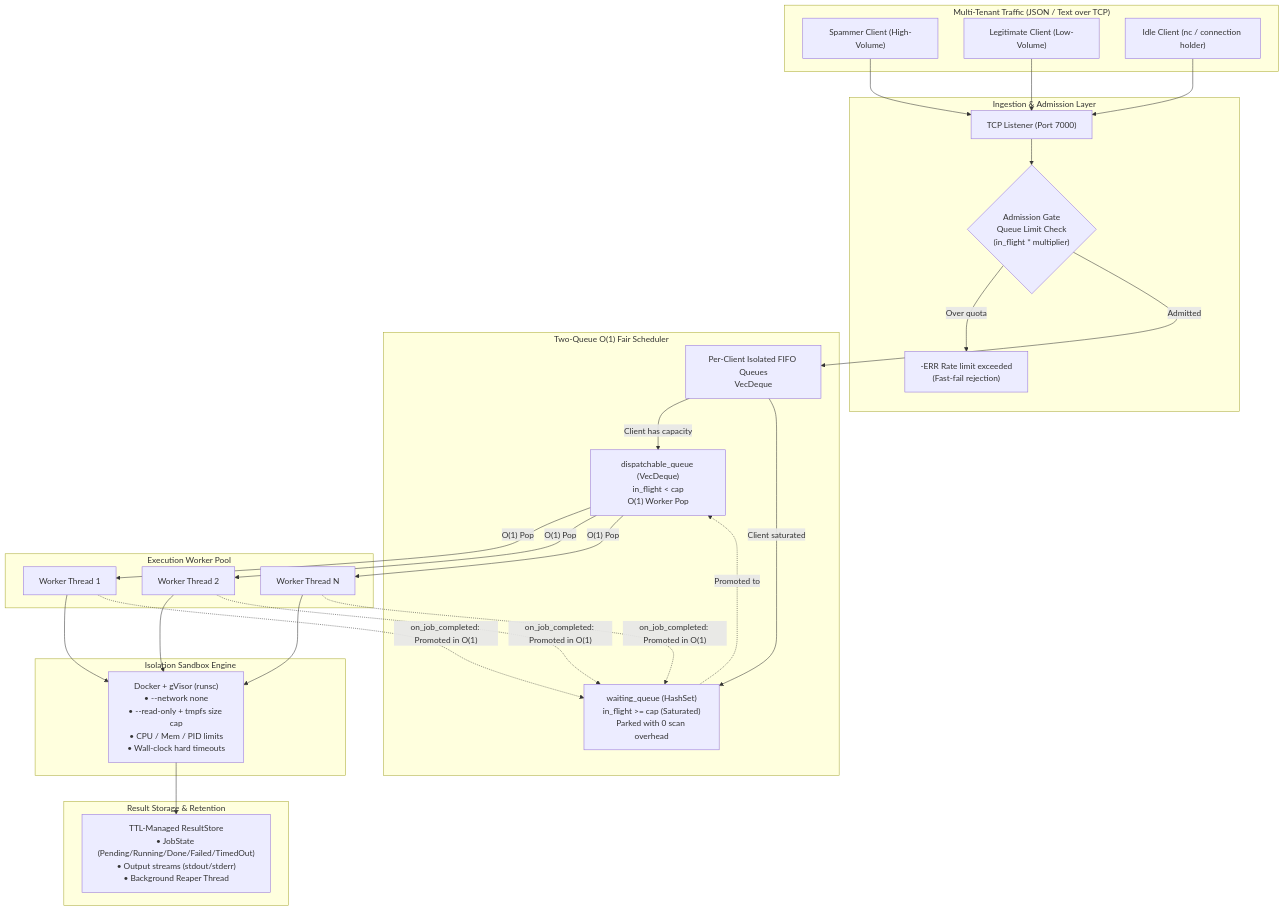
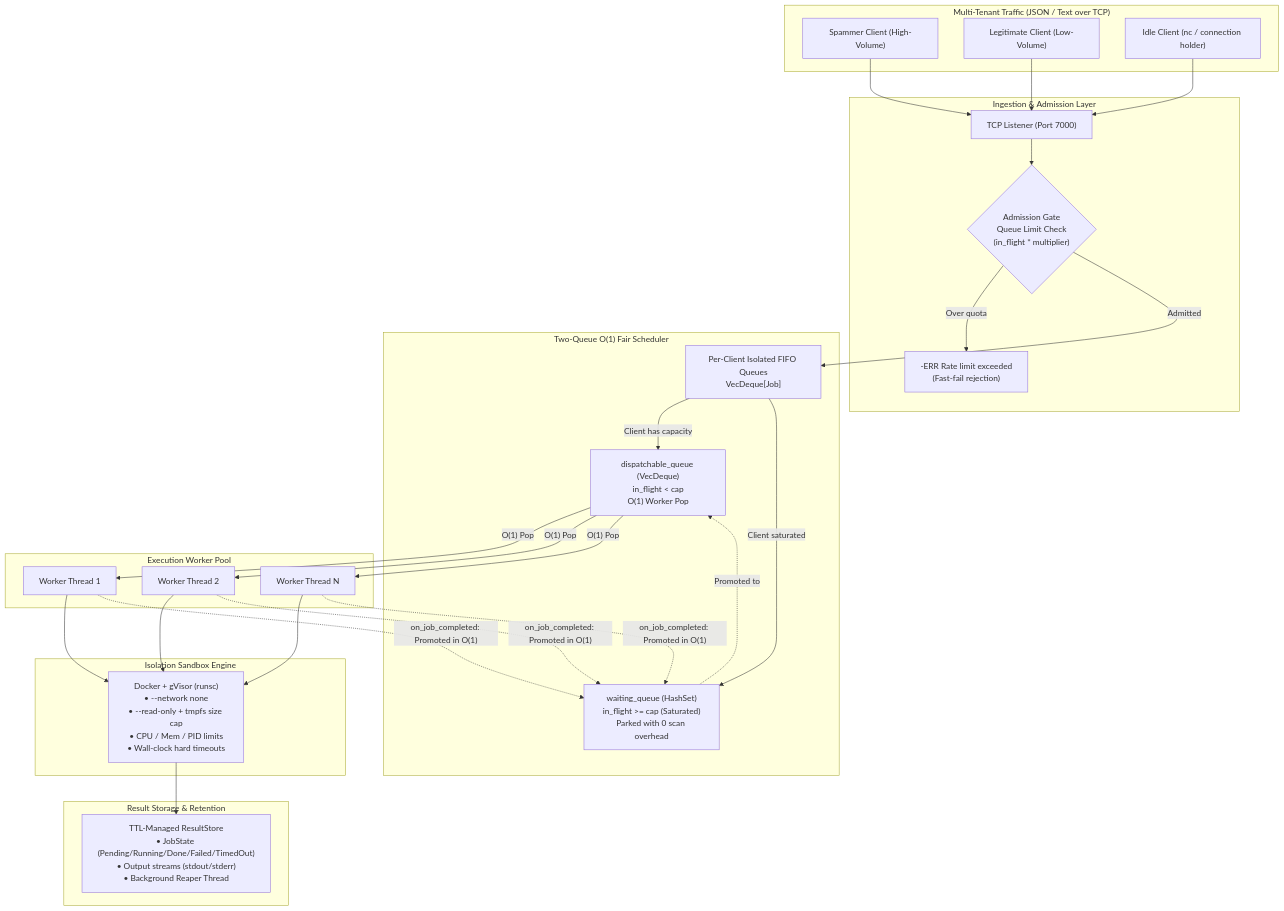
One commit to Chinmay-Mahajan/Distributed_Job_system_non_blocking changed the first of 2 diagrams in README.md. Above: the diagram before and after it, drawn with Mermaid. The commit also changed other lines of this file and 10 other files, not shown here.

````diff
--- a/README.md
+++ b/README.md
@@ -11,49 +11,49 @@
 ```mermaid
 flowchart TD
     subgraph Clients["Multi-Tenant Traffic (JSON / Text over TCP)"]
         C1["Spammer Client (High-Volume)"]
         C2["Legitimate Client (Low-Volume)"]
         C3["Idle Client (nc / connection holder)"]
     end
 
     subgraph Ingress["Ingestion & Admission Layer"]
         TCP["TCP Listener (Port 7000)"]
         Gate{"Admission Gate<br/>Queue Limit Check<br/>(in_flight * multiplier)"}
         Reject["-ERR Rate limit exceeded<br/>(Fast-fail rejection)"]
     end
 
     subgraph Scheduler["Two-Queue O(1) Fair Scheduler"]
-        DQ["dispatchable_queue (VecDeque)<br/>in_flight < cap<br/>O(1) Worker Pop"]
-        WQ["waiting_queue (HashSet)<br/>in_flight >= cap (Saturated)<br/>Parked with 0 scan overhead"]
-        Queues["Per-Client Isolated FIFO Queues<br/>VecDeque<Job>"]
+        DQ["dispatchable_queue (VecDeque)<br/>in_flight &lt; cap<br/>O(1) Worker Pop"]
+        WQ["waiting_queue (HashSet)<br/>in_flight &gt;= cap (Saturated)<br/>Parked with 0 scan overhead"]
+        Queues["Per-Client Isolated FIFO Queues<br/>VecDeque[Job]"]
     end
 
     subgraph Workers["Execution Worker Pool"]
         W1["Worker Thread 1"]
         W2["Worker Thread 2"]
         WN["Worker Thread N"]
     end
 
     subgraph Sandboxes["Isolation Sandbox Engine"]
         SB["Docker + gVisor (runsc)<br/>• --network none<br/>• --read-only + tmpfs size cap<br/>• CPU / Mem / PID limits<br/>• Wall-clock hard timeouts"]
     end
 
     subgraph Storage["Result Storage & Retention"]
         RS["TTL-Managed ResultStore<br/>• JobState (Pending/Running/Done/Failed/TimedOut)<br/>• Output streams (stdout/stderr)<br/>• Background Reaper Thread"]
     end
 
     C1 & C2 & C3 --> TCP
     TCP --> Gate
     Gate -->|"Over quota"| Reject
     Gate -->|"Admitted"| Queues
 
     Queues -->|"Client has capacity"| DQ
     Queues -->|"Client saturated"| WQ
 
     DQ -->|"O(1) Pop"| W1 & W2 & WN
     W1 & W2 & WN --> SB
     SB --> RS
 
     W1 & W2 & WN -.->|"on_job_completed: Promoted in O(1)"| WQ
     WQ -.->|"Promoted to"| DQ
 ```
````
